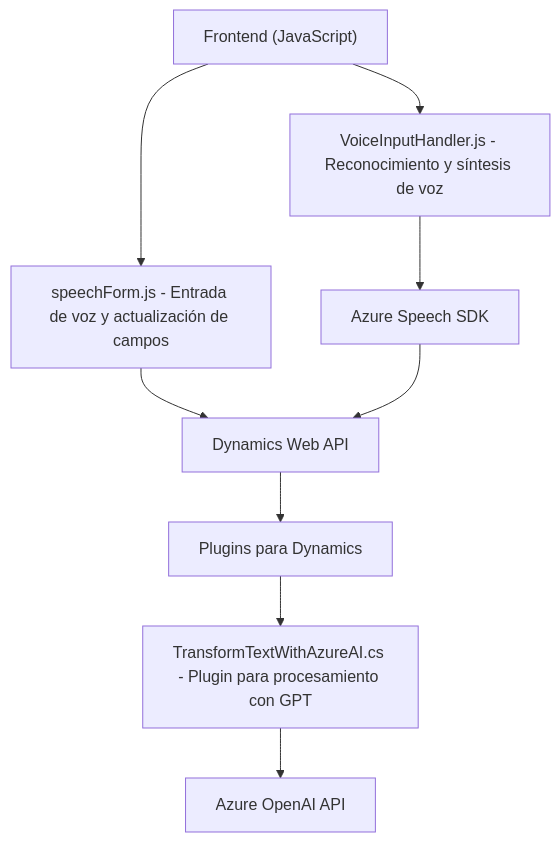
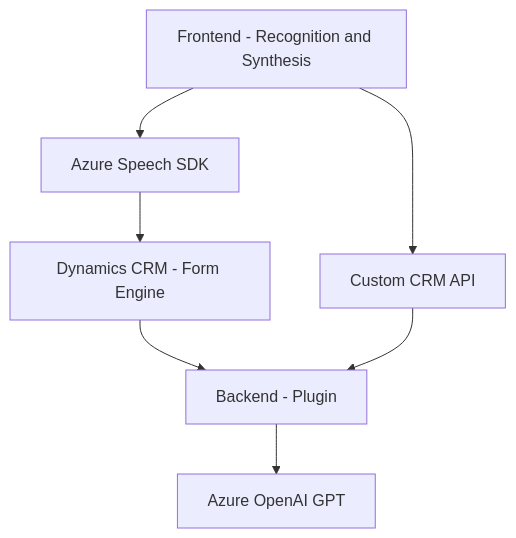
One commit to blopezdm/NETCORE_BILBAO2025 changed the diagram in README.md. Above: the diagram before and after it, drawn with Mermaid. The commit also changed other lines of this file, not shown here.

Commit message:
Actualizar análisis global de la solución con IA

````diff
--- a/README.md
+++ b/README.md
@@ -48,20 +34,16 @@
 ```mermaid
 graph TD
-    A["Frontend (JavaScript)"]
-    B["VoiceInputHandler.js - Reconocimiento y síntesis de voz"]
-    C["speechForm.js - Entrada de voz y actualización de campos"]
-    D["Dynamics Web API"]
-    E["Plugins para Dynamics"]
-    F["TransformTextWithAzureAI.cs - Plugin para procesamiento con GPT"]
-    G["Azure OpenAI API"]
-    H["Azure Speech SDK"]
+    A["Frontend - Recognition and Synthesis"]
+    B["Azure Speech SDK"]
+    C["Dynamics CRM - Form Engine"]
+    D["Backend - Plugin"]
+    E["Azure OpenAI GPT"]
+    F["Custom CRM API"]
 
     A --> B
-    A --> C
-    B --> H
+    B --> C
     C --> D
-    E --> F
-    F --> G
     D --> E
-    H --> D
+    A --> F
+    F --> D
 ```
````
